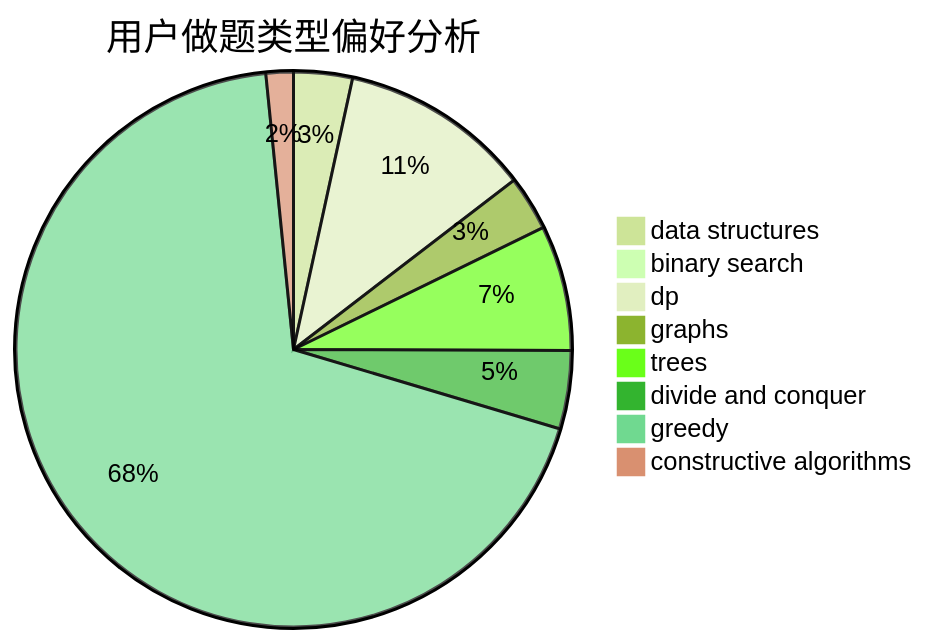
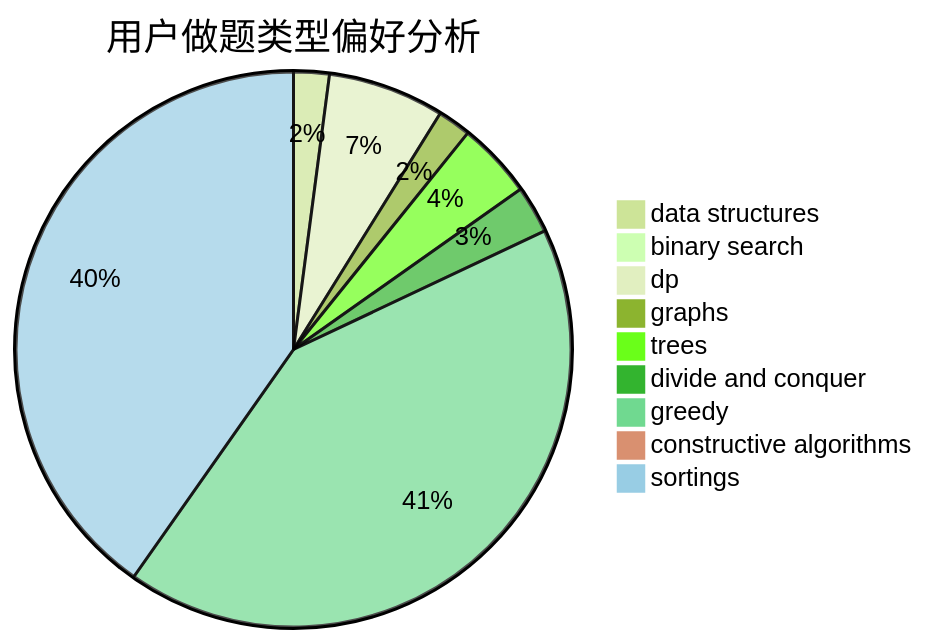
The second of 3 diagrams in docs/user/u1752.md (sherpahu/cfrs.github.io), drawn with Mermaid (forest theme) before and after one commit. The commit also changed other lines of this file and 2769 other files, not shown here.

````diff
--- a/docs/user/u1752.md
+++ b/docs/user/u1752.md
@@ -23,11 +18,12 @@
 ```mermaid
 pie title 用户做题类型偏好分析
     "data structures" :  15
     "binary search" :  3
     "dp" :  49
     "graphs" :  14
     "trees" :  32
     "divide and conquer" :  20
     "greedy" :  302
     "constructive algorithms" :  7
+    "sortings" :  291
 ```
````
